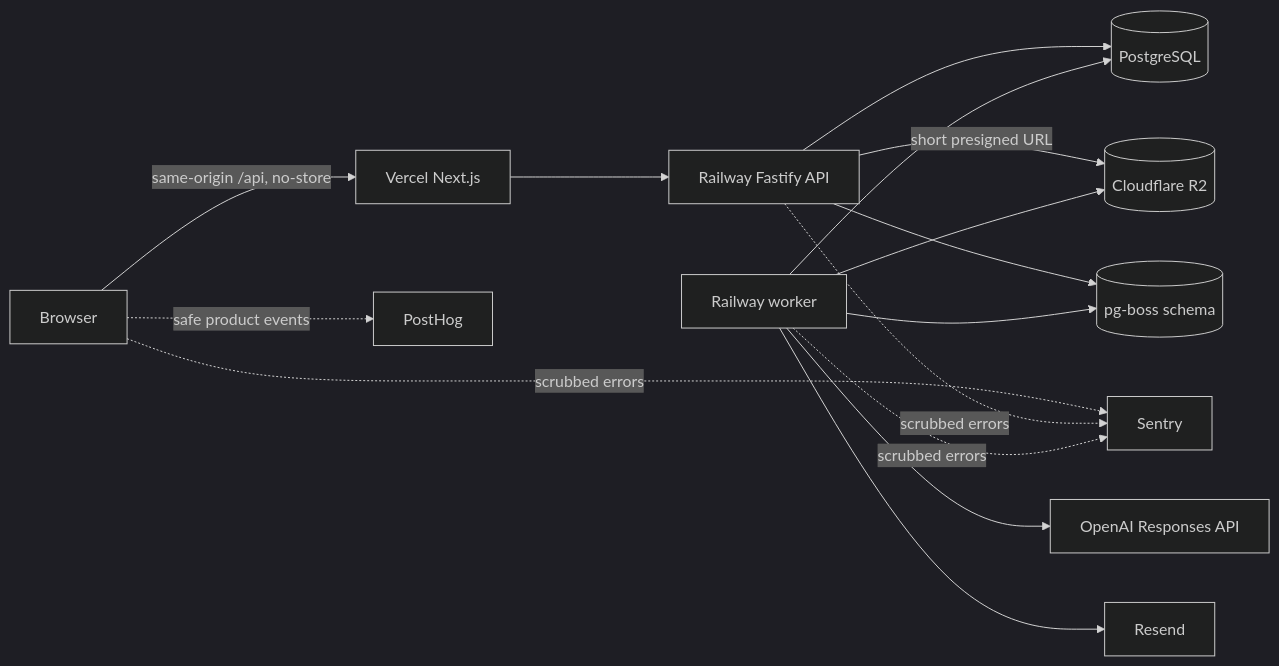
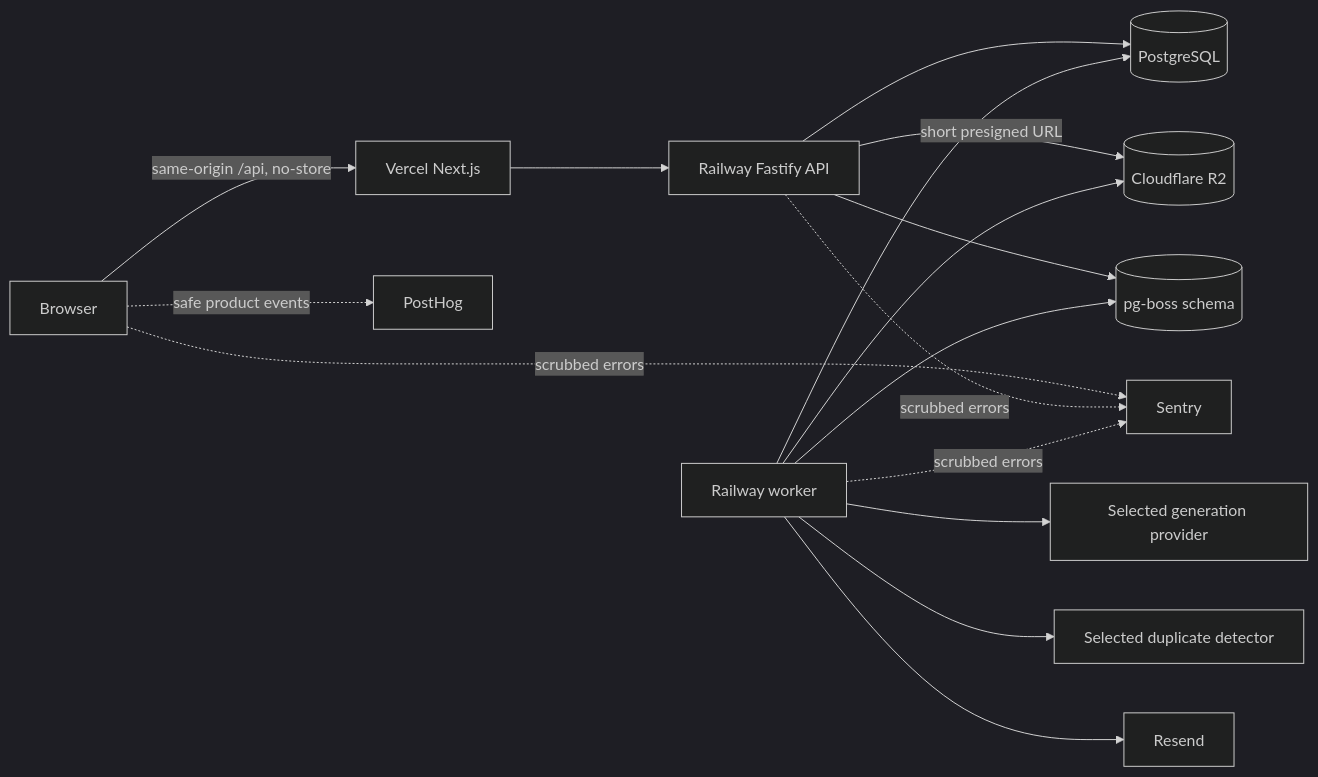
The second of 7 diagrams in docs/plans/2026-09-09-0037-feat-amuq-mvp-requirements-plan.md (sysysysyb/AMUQ), drawn with Mermaid (dark theme) before and after one commit. The commit also changed other lines of this file and 1 other file, not shown here.

````diff
--- a/docs/plans/2026-09-09-0037-feat-amuq-mvp-requirements-plan.md
+++ b/docs/plans/2026-09-09-0037-feat-amuq-mvp-requirements-plan.md
@@ -345,17 +351,18 @@
 ```mermaid
 flowchart LR
   Browser -->|same-origin /api, no-store| Web[Vercel Next.js]
   Web --> API[Railway Fastify API]
   API --> DB[(PostgreSQL)]
   API -->|short presigned URL| R2[(Cloudflare R2)]
   API --> Queue[(pg-boss schema)]
   Worker[Railway worker] --> Queue
   Worker --> DB
   Worker --> R2
-  Worker --> OpenAI[OpenAI Responses API]
+  Worker --> AI[Selected generation provider]
+  Worker --> Similarity[Selected duplicate detector]
   Worker --> Resend[Resend]
   Browser -. safe product events .-> PostHog[PostHog]
   Browser -. scrubbed errors .-> Sentry[Sentry]
   API -. scrubbed errors .-> Sentry
   Worker -. scrubbed errors .-> Sentry
 ```
````
